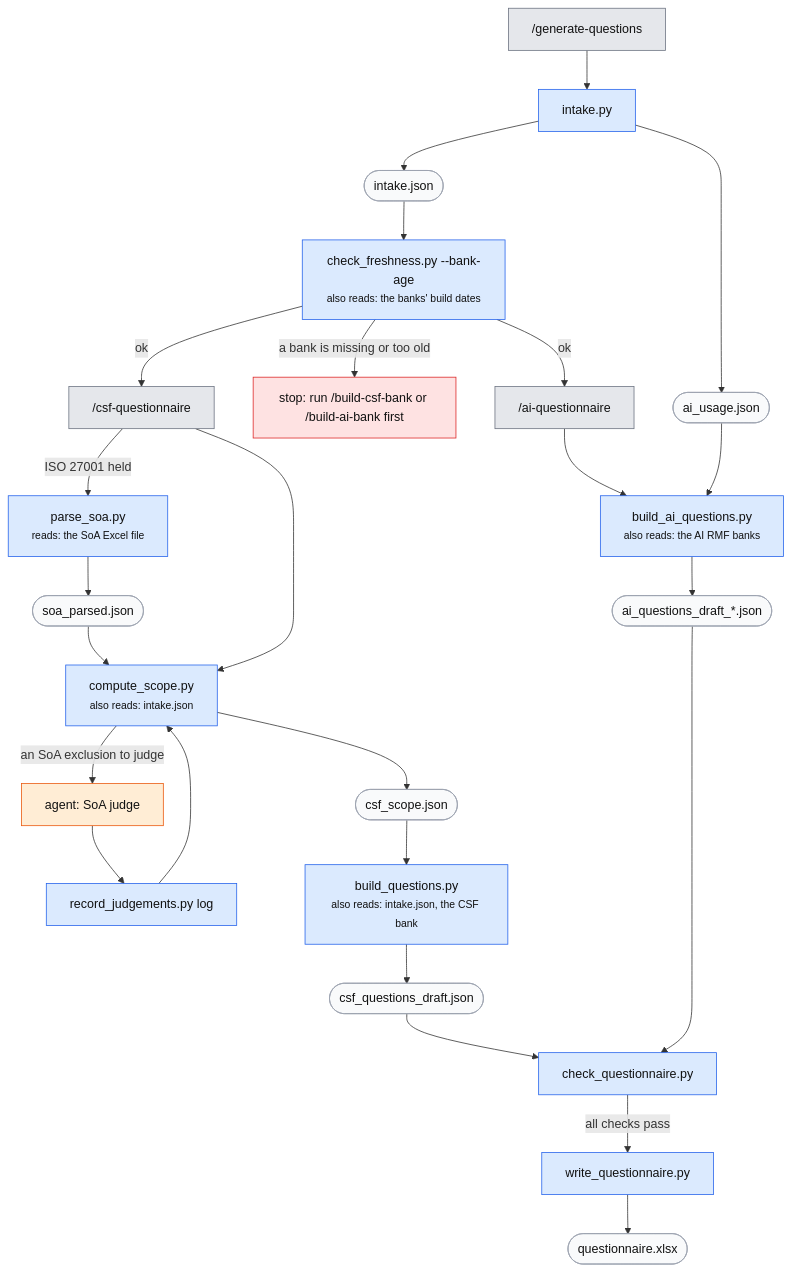
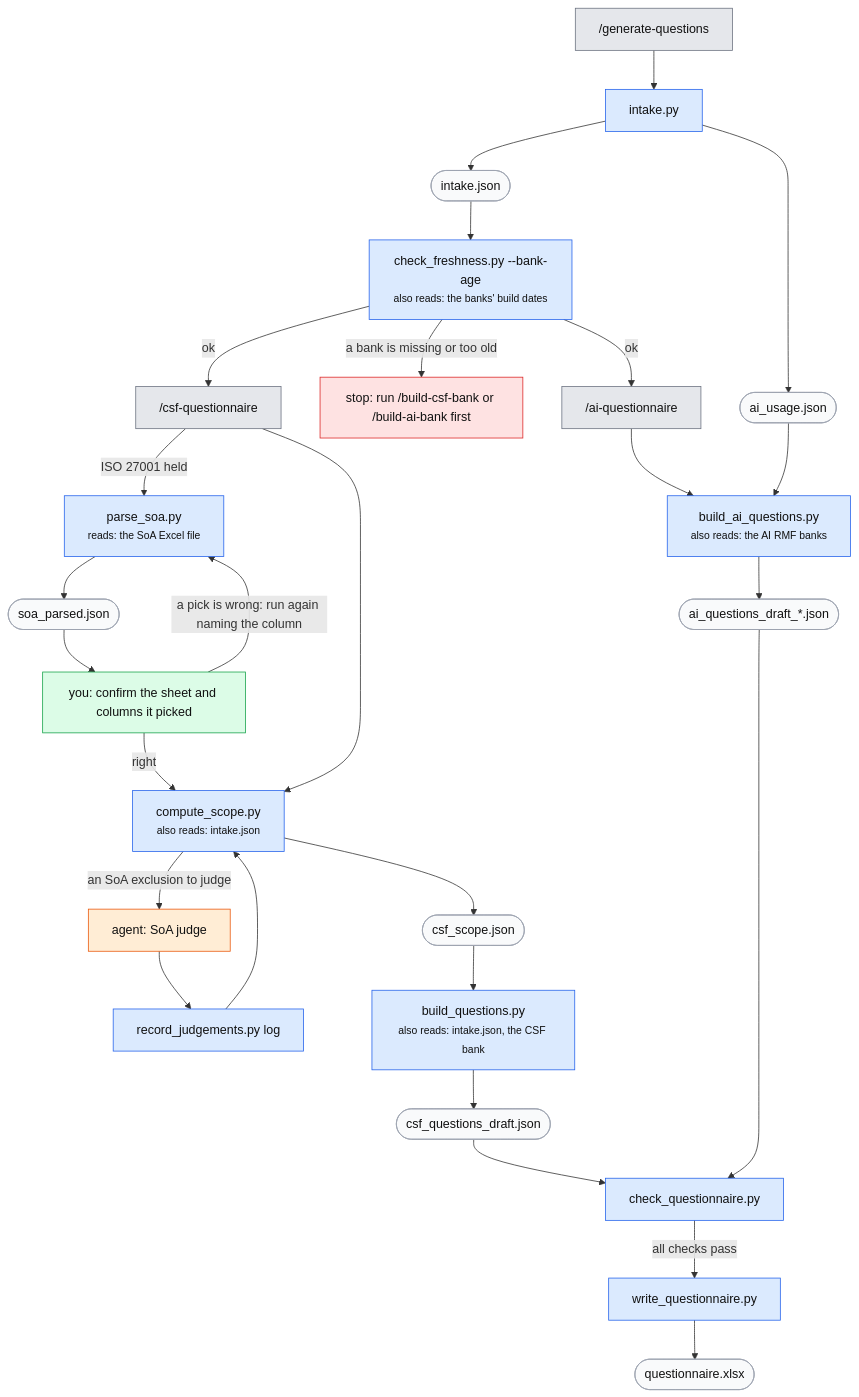
One commit to srilekha82/csf-ai-self-assessment changed the first of 3 diagrams in docs/guide.md. Above: the diagram before and after it, drawn with Mermaid. The commit also changed other lines of this file, not shown here.

First line of the commit message:
Guide diagrams: the SoA confirm step, and where record_ai_bank's checks live

````diff
--- a/docs/guide.md
+++ b/docs/guide.md
@@ -108,32 +108,35 @@
 ```mermaid
 flowchart TD
     GQ["/generate-questions"]:::cmd --> IN[intake.py]:::script
     IN --> INT([intake.json]):::file
     IN --> USE([ai_usage.json]):::file
     INT --> AGE["check_freshness.py --bank-age<br/><small>also reads: the banks' build dates</small>"]:::script
     AGE -- "a bank is missing or too old" --> STOP["stop: run /build-csf-bank or /build-ai-bank first"]:::stop
     AGE -- ok --> CQ["/csf-questionnaire"]:::cmd
     AGE -- ok --> AQ["/ai-questionnaire"]:::cmd
 
     CQ -- "ISO 27001 held" --> SOA["parse_soa.py<br/><small>reads: the SoA Excel file</small>"]:::script --> SOAJ([soa_parsed.json]):::file
-    SOAJ --> SC["compute_scope.py<br/><small>also reads: intake.json</small>"]:::script
+    SOAJ --> OK1["you: confirm the sheet and columns it picked"]:::you
+    OK1 -- "a pick is wrong: run again naming the column" --> SOA
+    OK1 -- right --> SC["compute_scope.py<br/><small>also reads: intake.json</small>"]:::script
     CQ --> SC
     SC -- "an SoA exclusion to judge" --> J["agent: SoA judge"]:::agent --> RJ[record_judgements.py log]:::script --> SC
     SC --> SCJ([csf_scope.json]):::file --> BQ["build_questions.py<br/><small>also reads: intake.json, the CSF bank</small>"]:::script
     BQ --> CD([csf_questions_draft.json]):::file
 
     AQ --> BAQ["build_ai_questions.py<br/><small>also reads: the AI RMF banks</small>"]:::script
     USE --> BAQ
     BAQ --> AD([ai_questions_draft_*.json]):::file
 
     CD --> CHK[check_questionnaire.py]:::script
     AD --> CHK
     CHK -- "all checks pass" --> WQ[write_questionnaire.py]:::script --> X([questionnaire.xlsx]):::file
 
     classDef cmd fill:#e5e7eb,stroke:#6b7280,color:#111
     classDef script fill:#dbeafe,stroke:#2563eb,color:#111
     classDef agent fill:#ffedd5,stroke:#ea580c,color:#111
     classDef you fill:#dcfce7,stroke:#16a34a,color:#111
     classDef file fill:#f9fafb,stroke:#9ca3af,color:#111
     classDef stop fill:#fee2e2,stroke:#dc2626,color:#111
+    classDef you fill:#dcfce7,stroke:#16a34a,color:#111
 ```
````
